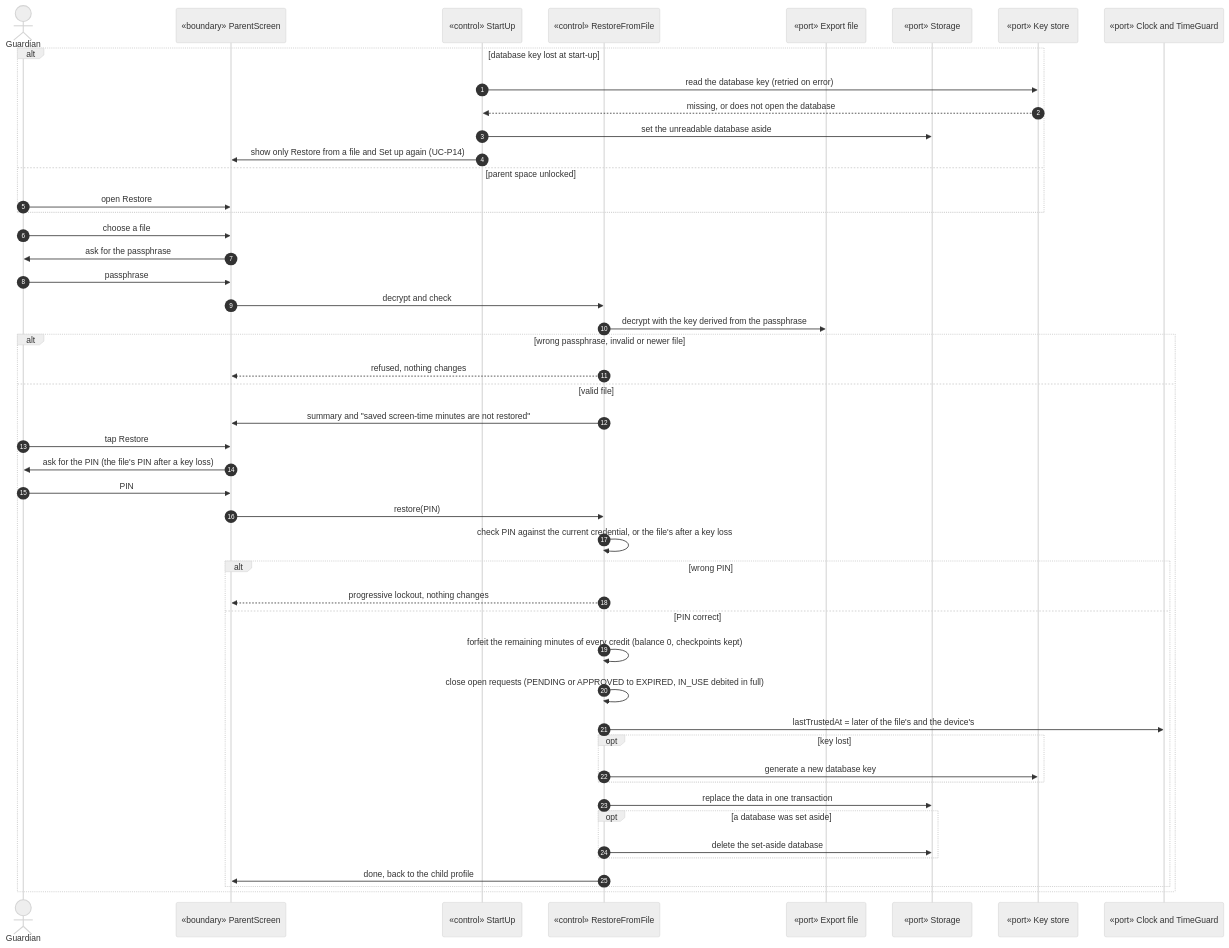
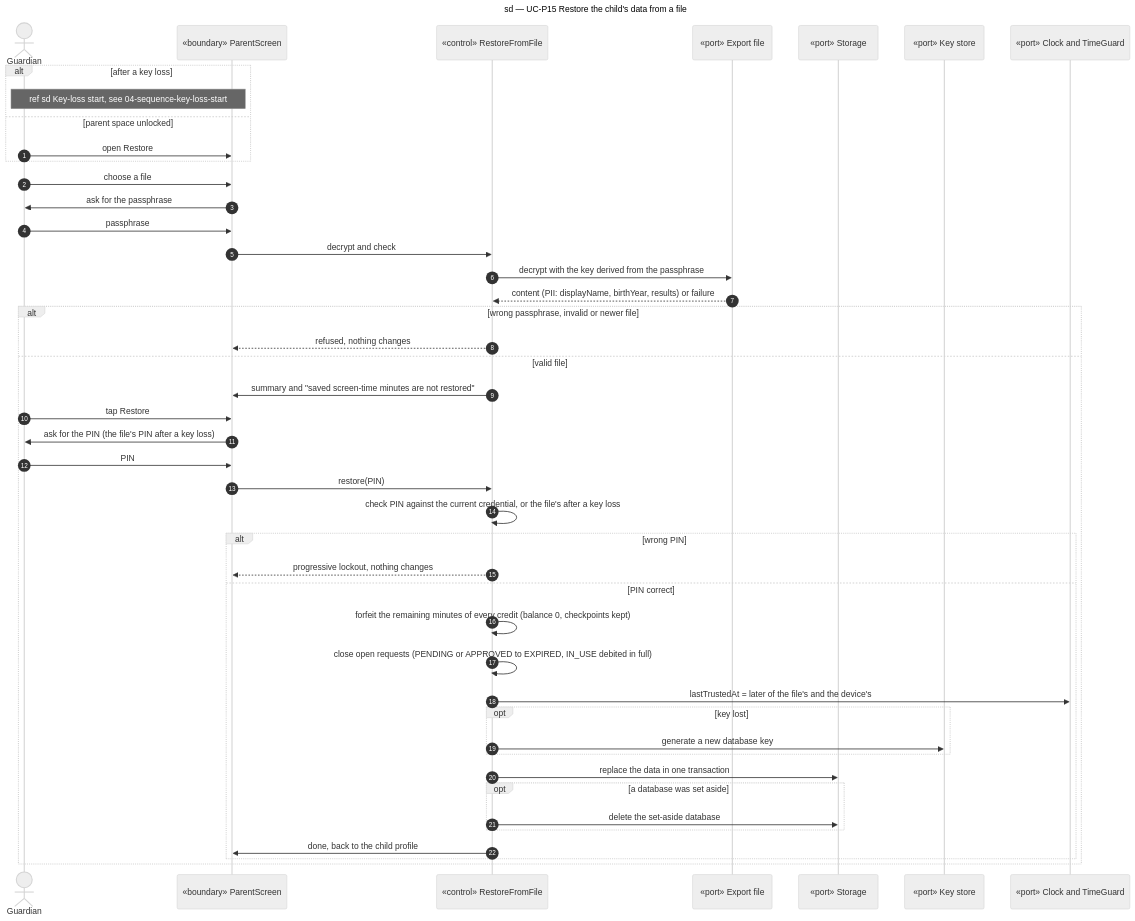
The diagram in docs/architecture/diagrams/parent-space/03-sequence-restore.md (benoit-bremaud/learn-to-earn), drawn with Mermaid (neutral theme) before and after one commit. The commit also changed other lines of this file and 17 other files, not shown here.

First line of the commit message:
docs(architecture): joint sequence review fixes

````diff
--- a/docs/architecture/diagrams/parent-space/03-sequence-restore.md
+++ b/docs/architecture/diagrams/parent-space/03-sequence-restore.md
@@ -16,51 +18,49 @@
 ```mermaid
 sequenceDiagram
+  title sd — UC-P15 Restore the child's data from a file
   autonumber
   actor Guardian
   participant PUI as «boundary» ParentScreen
-  participant Start as «control» StartUp
   participant Ctl as «control» RestoreFromFile
   participant File as «port» Export file
   participant Store as «port» Storage
   participant Keys as «port» Key store
   participant Clock as «port» Clock and TimeGuard
 
-  alt database key lost at start-up
-    Start->>Keys: read the database key (retried on error)
-    Keys-->>Start: missing, or does not open the database
-    Start->>Store: set the unreadable database aside
-    Start->>PUI: show only Restore from a file and Set up again (UC-P14)
+  alt after a key loss
+    Note over Guardian,PUI: ref sd Key-loss start, see 04-sequence-key-loss-start
   else parent space unlocked
     Guardian->>PUI: open Restore
   end
   Guardian->>PUI: choose a file
   PUI->>Guardian: ask for the passphrase
   Guardian->>PUI: passphrase
   PUI->>Ctl: decrypt and check
   Ctl->>File: decrypt with the key derived from the passphrase
+  File-->>Ctl: content (PII: displayName, birthYear, results) or failure
   alt wrong passphrase, invalid or newer file
     Ctl-->>PUI: refused, nothing changes
   else valid file
     Ctl->>PUI: summary and "saved screen-time minutes are not restored"
     Guardian->>PUI: tap Restore
     PUI->>Guardian: ask for the PIN (the file's PIN after a key loss)
     Guardian->>PUI: PIN
     PUI->>Ctl: restore(PIN)
     Ctl->>Ctl: check PIN against the current credential, or the file's after a key loss
     alt wrong PIN
       Ctl-->>PUI: progressive lockout, nothing changes
     else PIN correct
       Ctl->>Ctl: forfeit the remaining minutes of every credit (balance 0, checkpoints kept)
       Ctl->>Ctl: close open requests (PENDING or APPROVED to EXPIRED, IN_USE debited in full)
       Ctl->>Clock: lastTrustedAt = later of the file's and the device's
       opt key lost
         Ctl->>Keys: generate a new database key
       end
       Ctl->>Store: replace the data in one transaction
       opt a database was set aside
         Ctl->>Store: delete the set-aside database
       end
       Ctl->>PUI: done, back to the child profile
     end
   end
 ```
````
